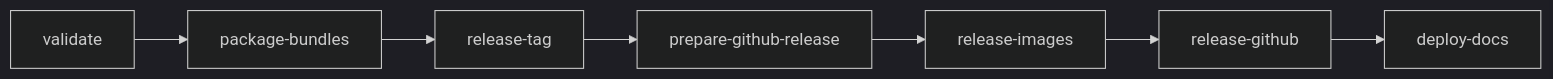
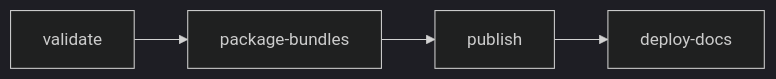
One commit to autowarefoundation/openadkit changed the diagram in docs/development/build-from-source.md. Above: the diagram before and after it, drawn with Mermaid (dark theme). The commit also changed other lines of this file and 14 other files, not shown here.

First line of the commit message:
refactor(release): publish in one job and rely on immutable releases

````diff
--- a/docs/development/build-from-source.md
+++ b/docs/development/build-from-source.md
@@ -197,4 +197,4 @@
 ```mermaid
 flowchart LR
-    V[validate] --> P[package-bundles] --> T[release-tag] --> D[prepare-github-release] --> I[release-images] --> G[release-github] --> W[deploy-docs]
+    V[validate] --> P[package-bundles] --> R[publish] --> O[deploy-docs]
 ```
````
